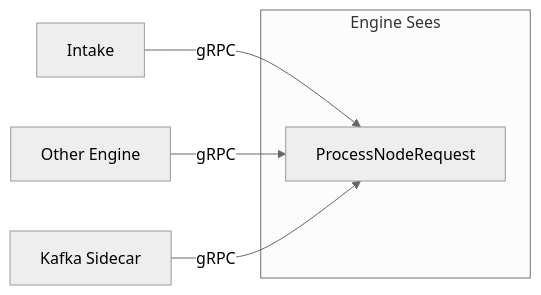
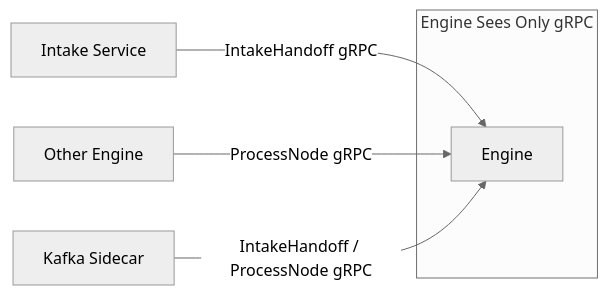
Before and after one commit to ai-pipestream/pipestream-engine: the first of 6 diagrams in docs/architecture/01-overview.md, drawn with Mermaid (neutral theme). The commit also changed other lines of this file, not shown here.

Commit message:
docs: Add IntakeHandoff, dual intake paths, clarify DLQ model in overview

````diff
--- a/docs/architecture/01-overview.md
+++ b/docs/architecture/01-overview.md
@@ -18,10 +18,10 @@
 ```mermaid
 graph LR
-    Intake[Intake] -- gRPC --> Engine[ProcessNodeRequest]
-    OtherEngine[Other Engine] -- gRPC --> Engine
-    Sidecar[Kafka Sidecar] -- gRPC --> Engine
+    Intake[Intake Service] -- "IntakeHandoff gRPC" --> Engine
+    OtherEngine[Other Engine] -- "ProcessNode gRPC" --> Engine
+    Sidecar[Kafka Sidecar] -- "IntakeHandoff / ProcessNode gRPC" --> Engine
     
-    subgraph EngineSees [Engine Sees]
+    subgraph EngineSees [Engine Sees Only gRPC]
         Engine
     end
 ```
````
